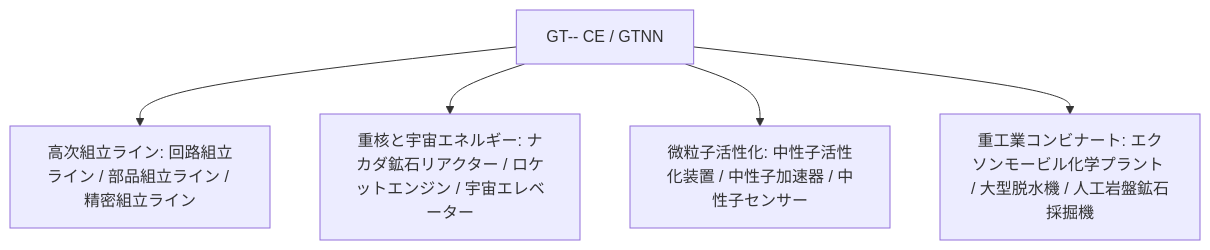
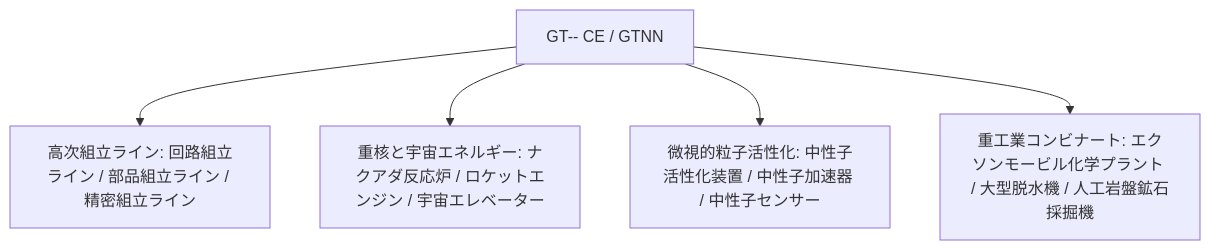
Before and after one commit to takanashisatou/GregtechEasy: the diagram in docs/ja/gt-minus-minus/index.md, drawn with Mermaid. The commit also changed other lines of this file and 138 other files, not shown here.

````diff
--- a/docs/ja/gt-minus-minus/index.md
+++ b/docs/ja/gt-minus-minus/index.md
@@ -12,7 +12,7 @@
 ```mermaid
 graph TD
     A[GT-- CE / GTNN] --> B[高次組立ライン: 回路組立ライン / 部品組立ライン / 精密組立ライン]
-    A --> C[重核と宇宙エネルギー: ナカダ鉱石リアクター / ロケットエンジン / 宇宙エレベーター]
-    A --> D[微粒子活性化: 中性子活性化装置 / 中性子加速器 / 中性子センサー]
+    A --> C[重核と宇宙エネルギー: ナクアダ反応炉 / ロケットエンジン / 宇宙エレベーター]
+    A --> D[微視的粒子活性化: 中性子活性化装置 / 中性子加速器 / 中性子センサー]
     A --> E[重工業コンビナート: エクソンモービル化学プラント / 大型脱水機 / 人工岩盤鉱石採掘機]
 ```
````
